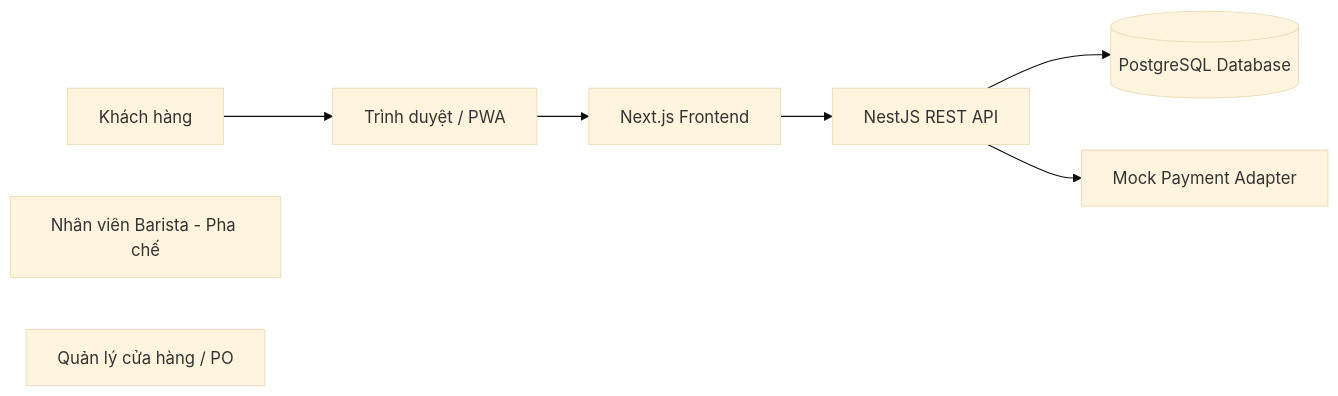
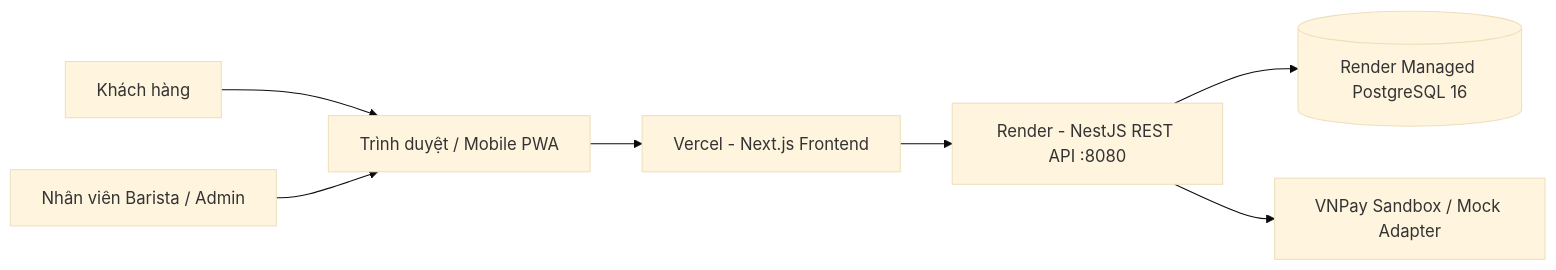
The first of 2 diagrams in docs/architecture/README.md (dangtuan992006/SWE_Project_Assignment2), drawn with Mermaid (base theme) before and after one commit. The commit also changed other lines of this file and 11 other files, not shown here.

Commit message:
[Docs]: đồng bộ SRS (17 FRs, 20 NFRs), sơ đồ UML/SVG, ma trận RTM và README với mã nguồn

````diff
--- a/docs/architecture/README.md
+++ b/docs/architecture/README.md
@@ -21,11 +23,9 @@
 ```mermaid
 flowchart LR
-    Customer[Khách hàng] --> Browser[Trình duyệt / PWA]
-    Browser --> FE[Next.js Frontend]
-    FE --> API[NestJS REST API]
-    API --> DB[(PostgreSQL Database)]
-    API --> Pay[Mock Payment Adapter]
-
-    Staff[Nhân viên Barista - Pha chế]
-    Admin[Quản lý cửa hàng / PO]
+    Customer[Khách hàng] --> Browser[Trình duyệt / Mobile PWA]
+    Staff[Nhân viên Barista / Admin] --> Browser
+    Browser --> FE[Vercel - Next.js Frontend]
+    FE --> API[Render - NestJS REST API :8080]
+    API --> DB[(Render Managed PostgreSQL 16)]
+    API --> Pay[VNPay Sandbox / Mock Adapter]
 ```
````
